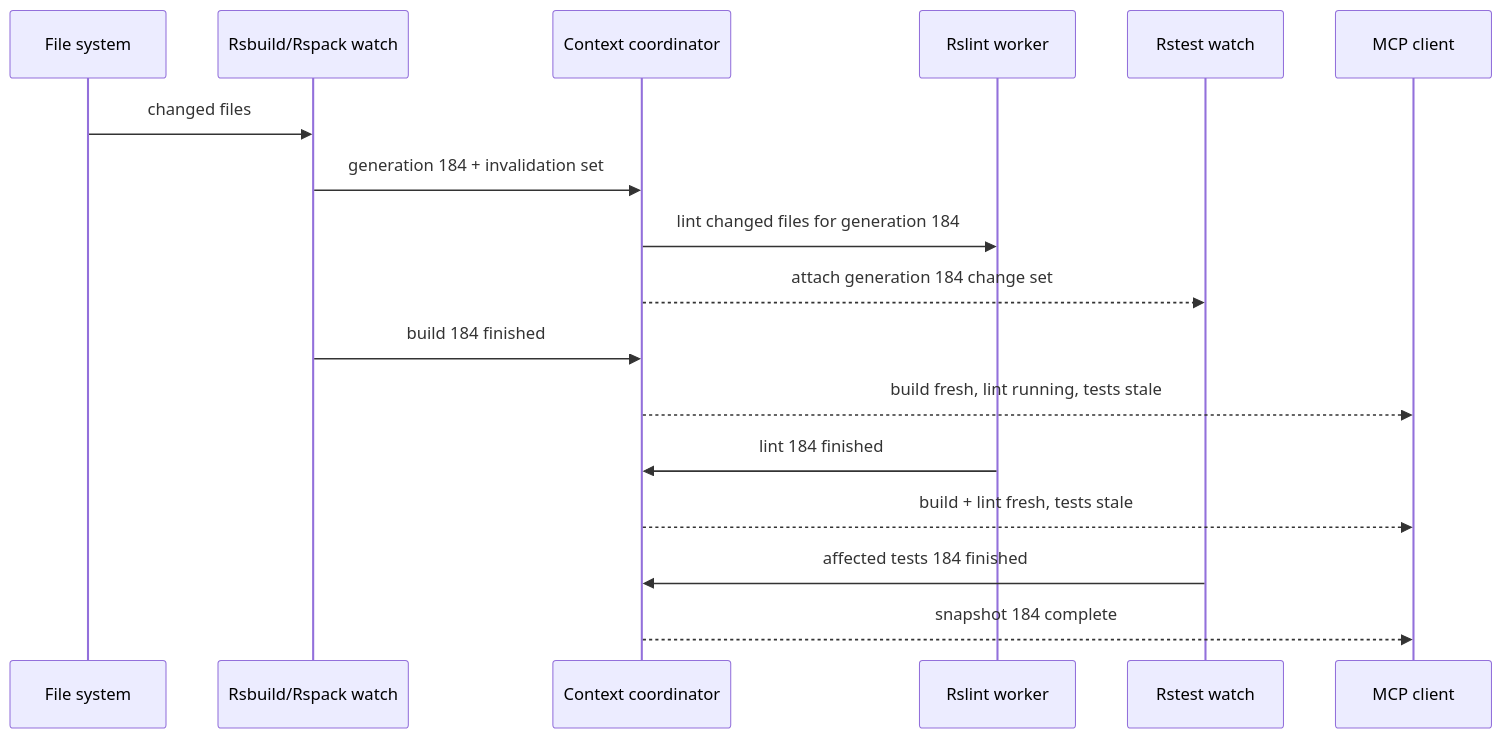
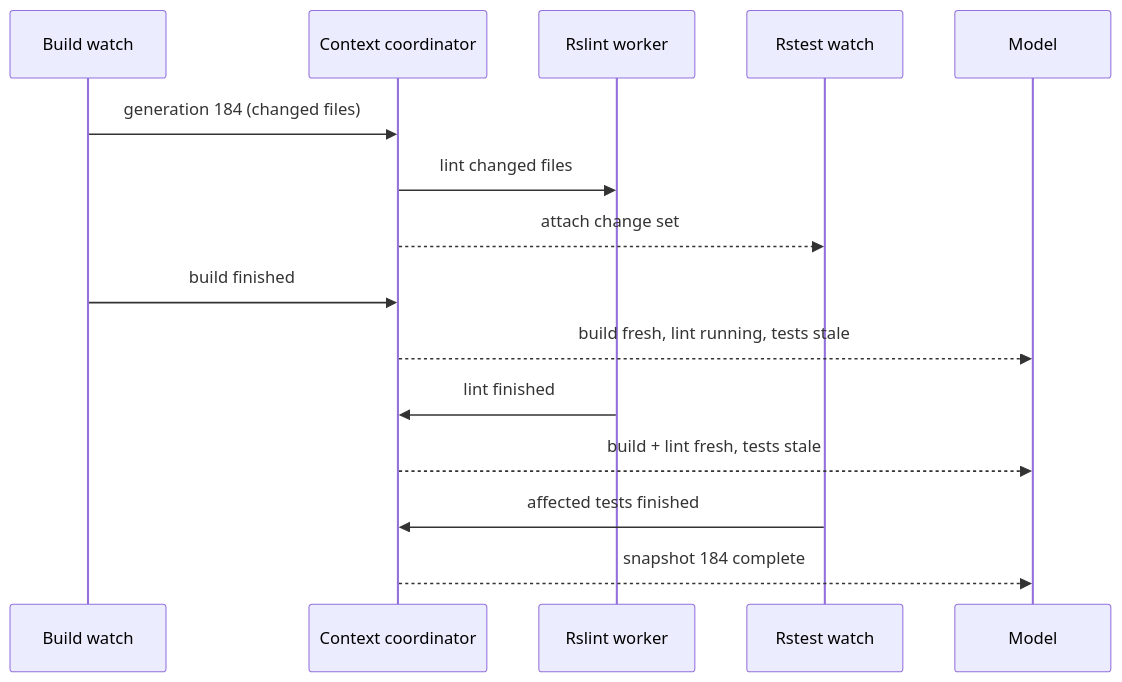
Before and after one commit to rstackjs/rstack-cli: the sixth of 10 diagrams in docs/rfcs/0001-rstack-context-engine.md, drawn with Mermaid. The commit also changed other lines of this file, not shown here.

Commit message:
docs: improve RFC architecture diagrams

````diff
--- a/docs/rfcs/0001-rstack-context-engine.md
+++ b/docs/rfcs/0001-rstack-context-engine.md
@@ -597,20 +593,18 @@
 ```mermaid
 sequenceDiagram
-  participant FS as File system
-  participant RB as Rsbuild/Rspack watch
+  participant RB as Build watch
   participant C as Context coordinator
   participant L as Rslint worker
   participant T as Rstest watch
-  participant M as MCP client
+  participant M as Model
 
-  FS->>RB: changed files
-  RB->>C: generation 184 + invalidation set
-  C->>L: lint changed files for generation 184
-  C-->>T: attach generation 184 change set
-  RB->>C: build 184 finished
+  RB->>C: generation 184 (changed files)
+  C->>L: lint changed files
+  C-->>T: attach change set
+  RB->>C: build finished
   C-->>M: build fresh, lint running, tests stale
-  L->>C: lint 184 finished
+  L->>C: lint finished
   C-->>M: build + lint fresh, tests stale
-  T->>C: affected tests 184 finished
+  T->>C: affected tests finished
   C-->>M: snapshot 184 complete
 ```
````
